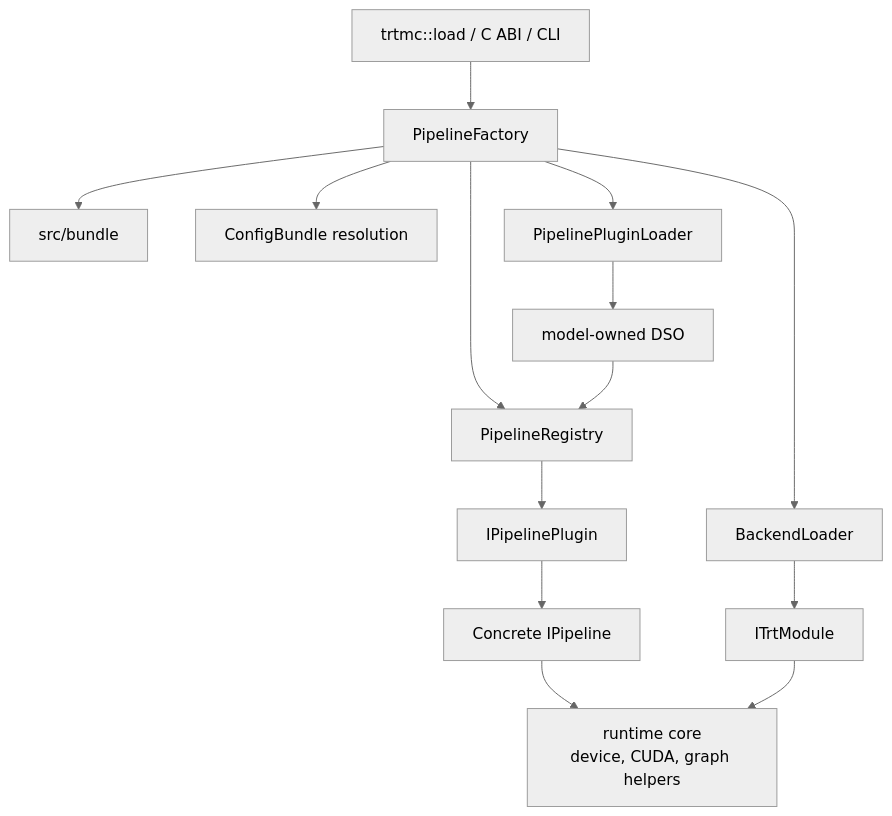
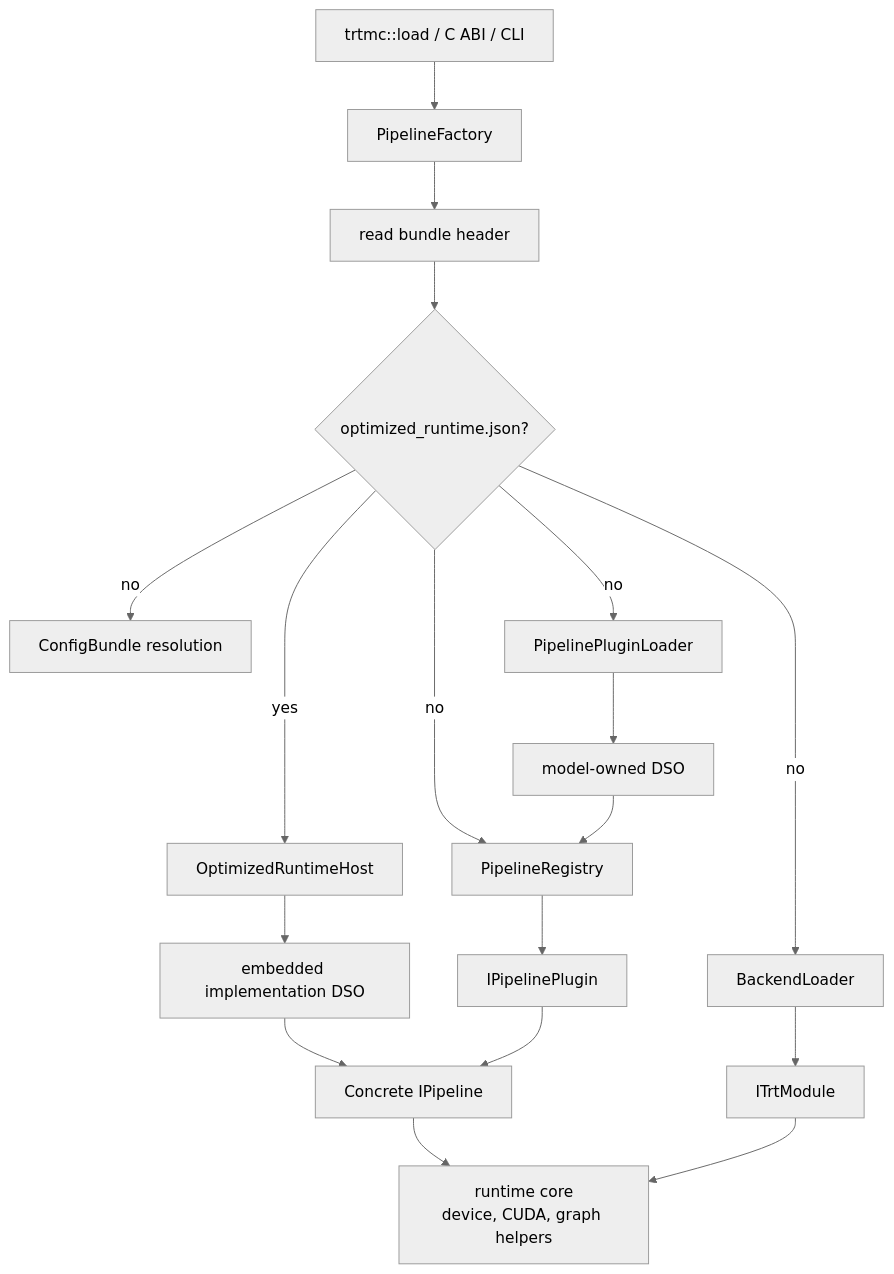
One commit to NVIDIA/TensorRT-Model-Connect changed the first of 2 diagrams in website/docs/unit-design/cpp-runtime.md. Above: the diagram before and after it, drawn with Mermaid (neutral theme). The commit also changed other lines of this file and 76 other files, not shown here.

````diff
--- a/website/docs/unit-design/cpp-runtime.md
+++ b/website/docs/unit-design/cpp-runtime.md
@@ -7,16 +7,20 @@
 ```mermaid
 flowchart TD
   Public["trtmc::load / C ABI / CLI"] --> Factory["PipelineFactory"]
-  Factory --> Bundle["src/bundle"]
-  Factory --> Config["ConfigBundle resolution"]
-  Factory --> Backend["BackendLoader"]
-  Factory --> Loader["PipelinePluginLoader"]
+  Factory --> Bundle["read bundle header"]
+  Bundle --> Kind{"optimized_runtime.json?"}
+  Kind -->|yes| Provider["OptimizedRuntimeHost"]
+  Provider --> ImplDSO["embedded implementation DSO"]
+  ImplDSO --> Pipeline
+  Kind -->|no| Config["ConfigBundle resolution"]
+  Kind -->|no| Backend["BackendLoader"]
+  Kind -->|no| Loader["PipelinePluginLoader"]
   Loader --> DSO["model-owned DSO"]
-  Factory --> Registry["PipelineRegistry"]
+  Kind -->|no| Registry["PipelineRegistry"]
   DSO --> Registry
   Registry --> Plugin["IPipelinePlugin"]
   Backend --> Module["ITrtModule"]
   Plugin --> Pipeline["Concrete IPipeline"]
   Pipeline --> Core["runtime core<br/>device, CUDA, graph helpers"]
   Module --> Core
 ```
````
